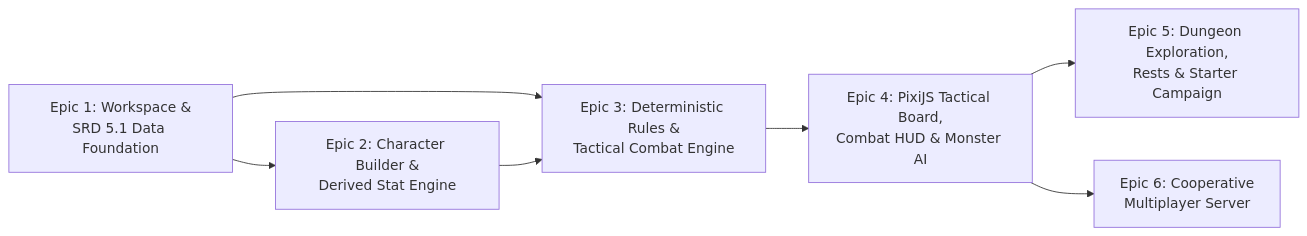
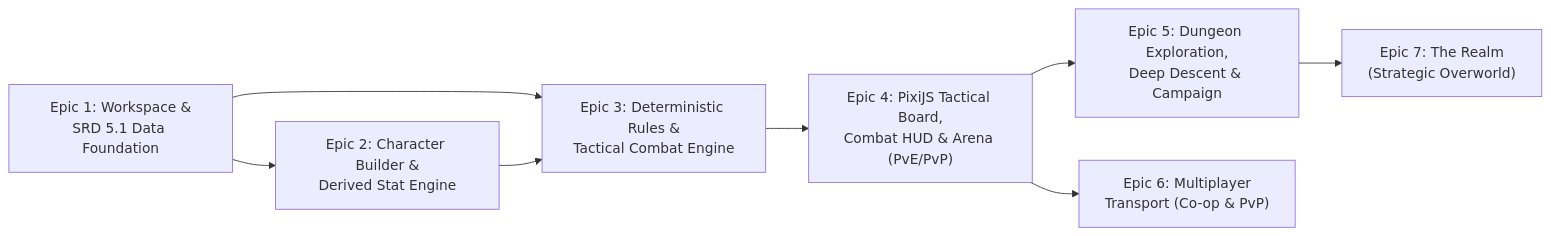
The diagram in BACKLOG.md (johwes/srd5-game), drawn with Mermaid before and after one commit. The commit also changed other lines of this file and 2 other files, not shown here.

Commit message:
docs: add game modes specification for Arena, Deep Descent roguelite, and Overworld

````diff
--- a/BACKLOG.md
+++ b/BACKLOG.md
@@ -14,9 +14,10 @@
 ```mermaid
 flowchart LR
     E1["Epic 1: Workspace &\nSRD 5.1 Data Foundation"] --> E2["Epic 2: Character Builder &\nDerived Stat Engine"]
     E1 --> E3["Epic 3: Deterministic Rules &\nTactical Combat Engine"]
     E2 --> E3
-    E3 --> E4["Epic 4: PixiJS Tactical Board,\nCombat HUD & Monster AI"]
-    E4 --> E5["Epic 5: Dungeon Exploration,\nRests & Starter Campaign"]
-    E4 --> E6["Epic 6: Cooperative\nMultiplayer Server"]
+    E3 --> E4["Epic 4: PixiJS Tactical Board,\nCombat HUD & Arena (PvE/PvP)"]
+    E4 --> E5["Epic 5: Dungeon Exploration,\nDeep Descent & Campaign"]
+    E4 --> E6["Epic 6: Multiplayer\nTransport (Co-op & PvP)"]
+    E5 --> E7["Epic 7: The Realm\n(Strategic Overworld)"]
 ```
````
